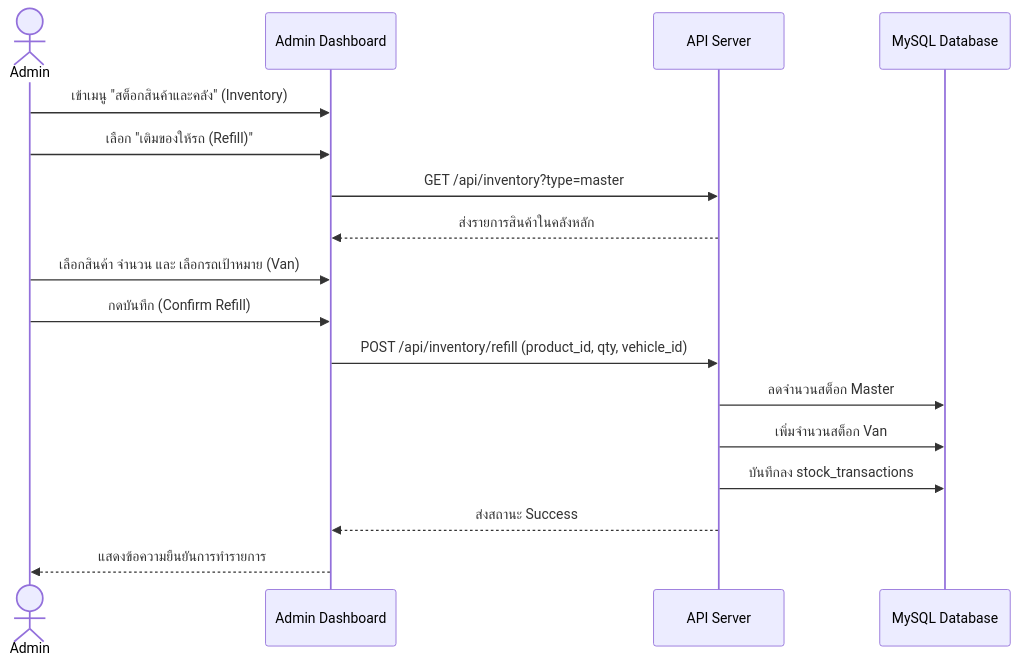
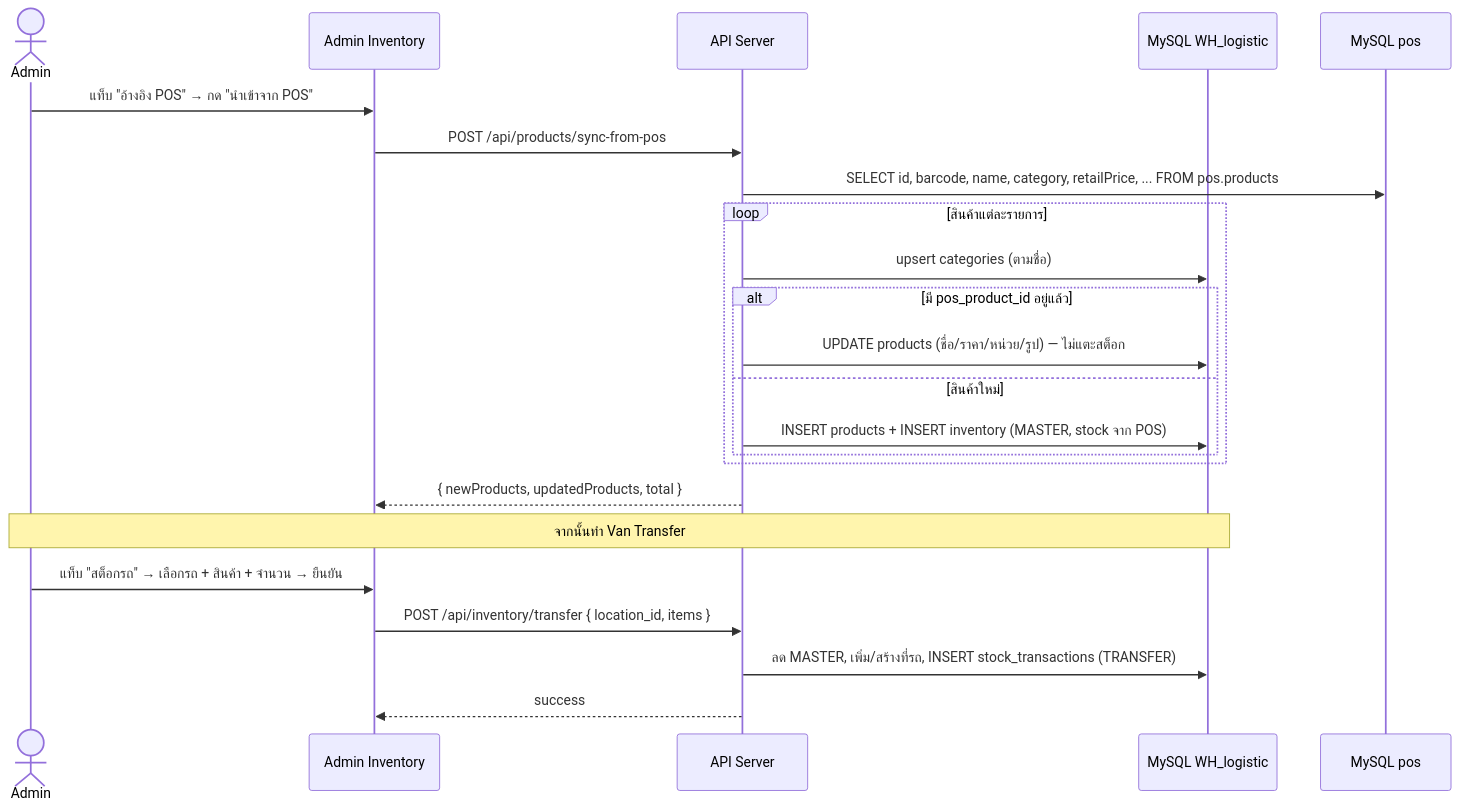
One commit to Chiraphong20/Cashvan changed the first of 6 diagrams in Docs/System_Workflows.md. Above: the diagram before and after it, drawn with Mermaid. The commit also changed other lines of this file and 21 other files, not shown here.

````diff
--- a/Docs/System_Workflows.md
+++ b/Docs/System_Workflows.md
@@ -10,20 +9,27 @@
 ```mermaid
 sequenceDiagram
     actor Admin
-    participant Frontend as Admin Dashboard
-    participant Backend as API Server
-    participant DB as MySQL Database
+    participant FE as Admin Inventory
+    participant BE as API Server
+    participant WH as MySQL WH_logistic
+    participant POS as MySQL pos
 
-    Admin->>Frontend: เข้าเมนู "สต็อกสินค้าและคลัง" (Inventory)
-    Admin->>Frontend: เลือก "เติมของให้รถ (Refill)"
-    Frontend->>Backend: GET /api/inventory?type=master
-    Backend-->>Frontend: ส่งรายการสินค้าในคลังหลัก
-    Admin->>Frontend: เลือกสินค้า จำนวน และ เลือกรถเป้าหมาย (Van)
-    Admin->>Frontend: กดบันทึก (Confirm Refill)
-    Frontend->>Backend: POST /api/inventory/refill (product_id, qty, vehicle_id)
-    Backend->>DB: ลดจำนวนสต็อก Master
-    Backend->>DB: เพิ่มจำนวนสต็อก Van
-    Backend->>DB: บันทึกลง stock_transactions
-    Backend-->>Frontend: ส่งสถานะ Success
-    Frontend-->>Admin: แสดงข้อความยืนยันการทำรายการ
+    Admin->>FE: แท็บ "อ้างอิง POS" → กด "นำเข้าจาก POS"
+    FE->>BE: POST /api/products/sync-from-pos
+    BE->>POS: SELECT id, barcode, name, category, retailPrice, ... FROM pos.products
+    loop สินค้าแต่ละรายการ
+        BE->>WH: upsert categories (ตามชื่อ)
+        alt มี pos_product_id อยู่แล้ว
+            BE->>WH: UPDATE products (ชื่อ/ราคา/หน่วย/รูป) — ไม่แตะสต็อก
+        else สินค้าใหม่
+            BE->>WH: INSERT products + INSERT inventory (MASTER, stock จาก POS)
+        end
+    end
+    BE-->>FE: { newProducts, updatedProducts, total }
+
+    Note over Admin,WH: จากนั้นทำ Van Transfer
+    Admin->>FE: แท็บ "สต็อกรถ" → เลือกรถ + สินค้า + จำนวน → ยืนยัน
+    FE->>BE: POST /api/inventory/transfer { location_id, items }
+    BE->>WH: ลด MASTER, เพิ่ม/สร้างที่รถ, INSERT stock_transactions (TRANSFER)
+    BE-->>FE: success
 ```
````
